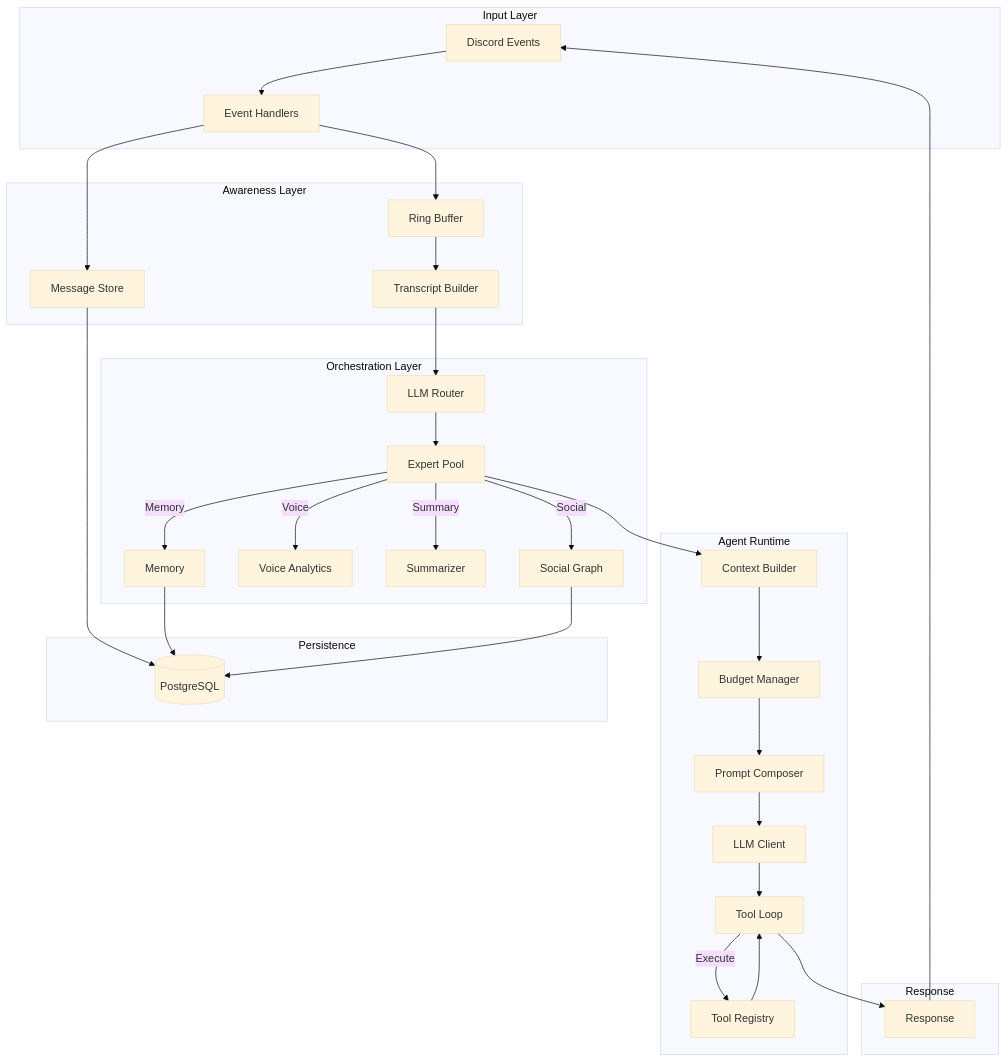
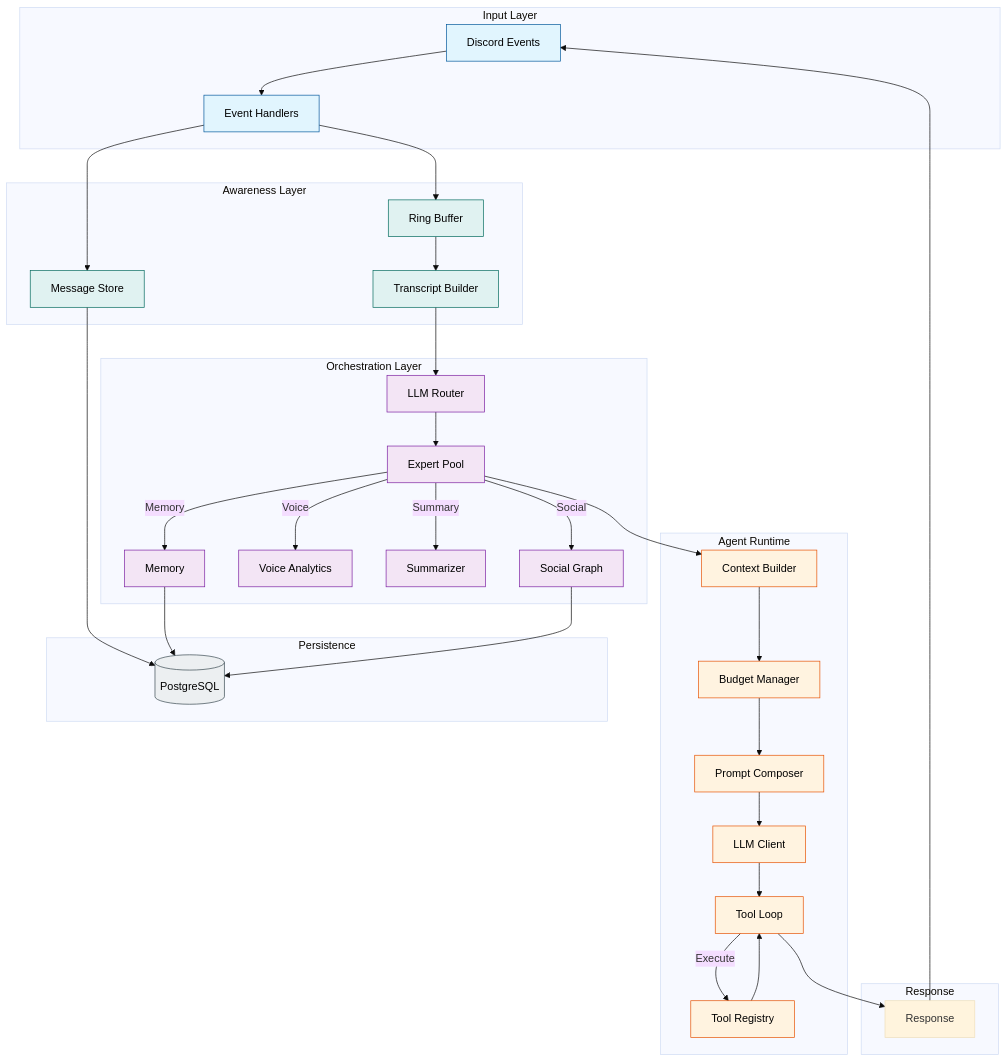
One commit to BokX1/Sage changed the sixth of 6 diagrams in docs/AGENTIC_ARCHITECTURE.md. Above: the diagram before and after it, drawn with Mermaid (base theme). The commit also changed other lines of this file and 10 other files, not shown here.

````diff
--- a/docs/AGENTIC_ARCHITECTURE.md
+++ b/docs/AGENTIC_ARCHITECTURE.md
@@ -282,43 +297,50 @@
 ```mermaid
 graph TB
+    %% Styling
+    classDef input fill:#e1f5fe,stroke:#01579b,color:black
+    classDef awareness fill:#e0f2f1,stroke:#00695c,color:black
+    classDef orch fill:#f3e5f5,stroke:#7b1fa2,color:black
+    classDef runtime fill:#fff3e0,stroke:#e65100,color:black
+    classDef db fill:#eceff1,stroke:#37474f,color:black
+
     subgraph Input Layer
-        D[Discord Events]
-        D --> IH[Event Handlers]
+        D[Discord Events]:::input
+        D --> IH[Event Handlers]:::input
     end
     
     subgraph Awareness Layer
-        IH --> RB[Ring Buffer]
-        IH --> MS[Message Store]
-        RB --> TB[Transcript Builder]
+        IH --> RB[Ring Buffer]:::awareness
+        IH --> MS[Message Store]:::awareness
+        RB --> TB[Transcript Builder]:::awareness
     end
     
     subgraph Orchestration Layer
-        TB --> RT[LLM Router]
-        RT --> EX[Expert Pool]
-        EX --> |Social| SG[Social Graph]
-        EX --> |Voice| VA[Voice Analytics]
-        EX --> |Summary| SM[Summarizer]
-        EX --> |Memory| MM[Memory]
+        TB --> RT[LLM Router]:::orch
+        RT --> EX[Expert Pool]:::orch
+        EX --> |Social| SG[Social Graph]:::orch
+        EX --> |Voice| VA[Voice Analytics]:::orch
+        EX --> |Summary| SM[Summarizer]:::orch
+        EX --> |Memory| MM[Memory]:::orch
     end
     
     subgraph Agent Runtime
-        EX --> CB[Context Builder]
-        CB --> BG[Budget Manager]
-        BG --> PC[Prompt Composer]
-        PC --> LLM[LLM Client]
-        LLM --> TL[Tool Loop]
-        TL --> |Execute| TR[Tool Registry]
+        EX --> CB[Context Builder]:::runtime
+        CB --> BG[Budget Manager]:::runtime
+        BG --> PC[Prompt Composer]:::runtime
+        PC --> LLM[LLM Client]:::runtime
+        LLM --> TL[Tool Loop]:::runtime
+        TL --> |Execute| TR[Tool Registry]:::runtime
         TR --> TL
     end
     
     subgraph Response
         TL --> RP[Response]
         RP --> D
     end
     
     subgraph Persistence
-        MS --> DB[(PostgreSQL)]
+        MS --> DB[(PostgreSQL)]:::db
         MM --> DB
         SG --> DB
     end
 ```
````
